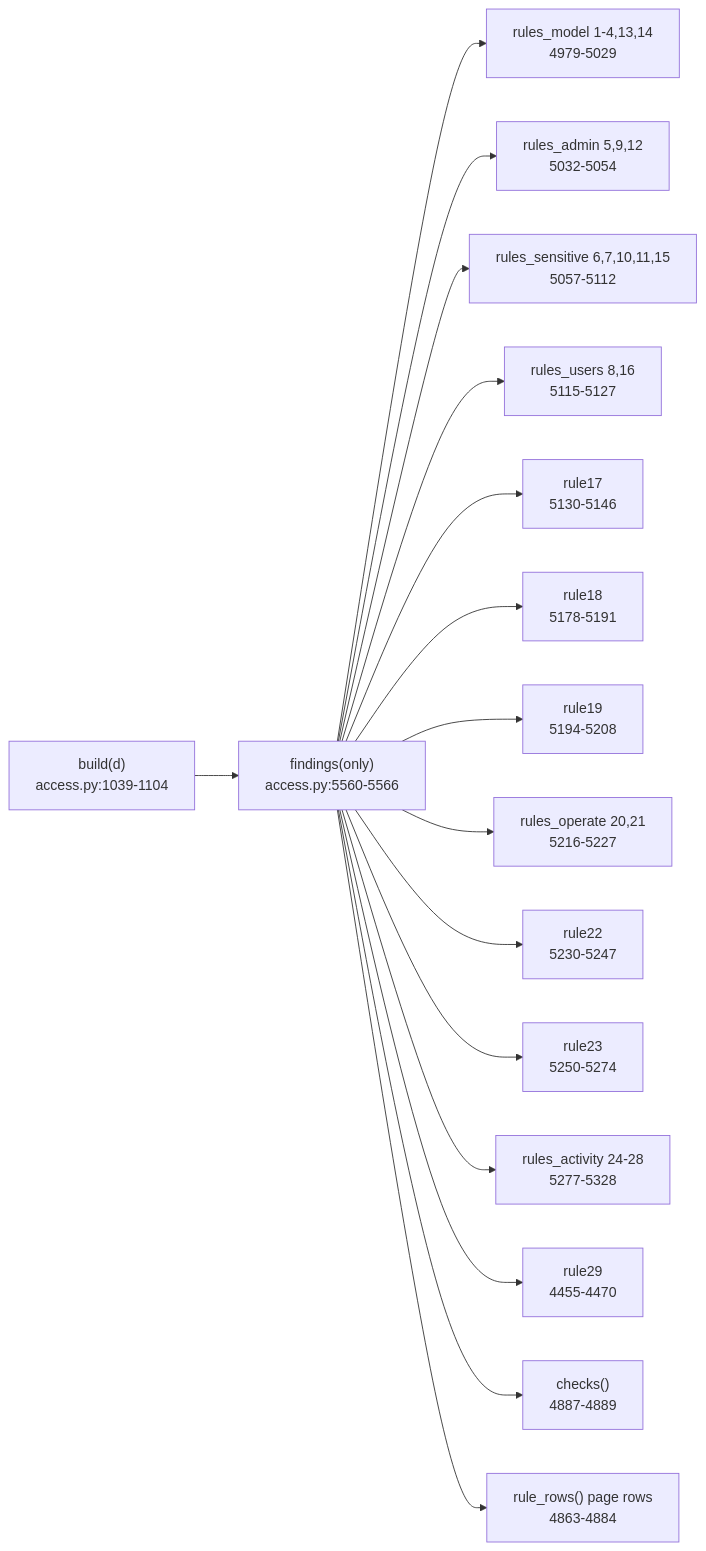
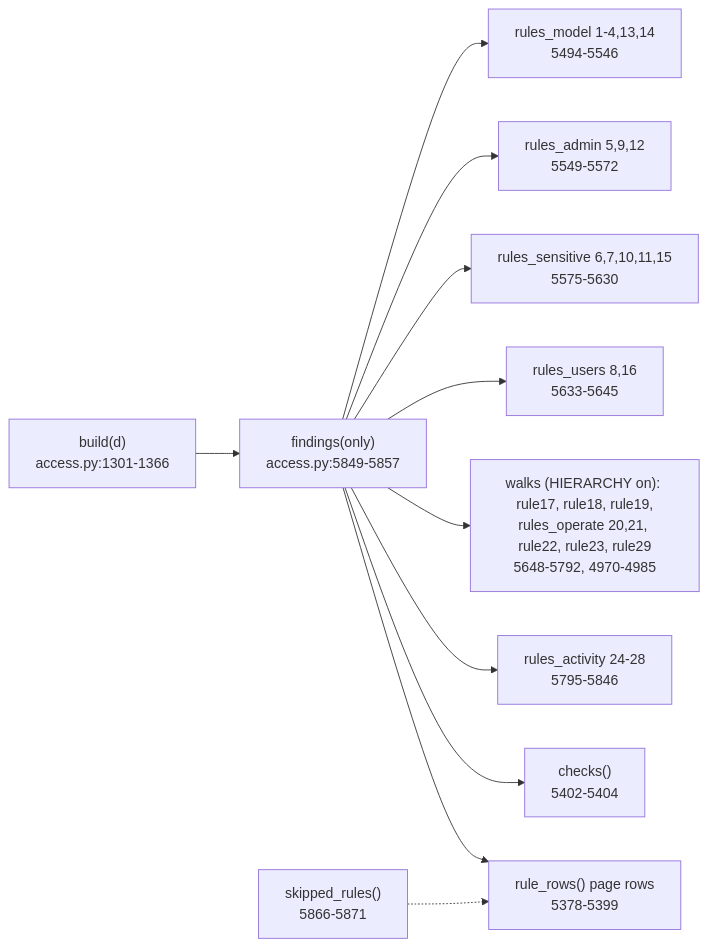
One commit to darshanmeel/snowflake-access-explorer changed the diagram in snowflake-access-explorer-knowledge-graph/logic/rules.md. Above: the diagram before and after it, drawn with Mermaid. The commit also changed other lines of this file and 79 other files, not shown here.

Commit message:
Knowledge graph: STATEMENT_TIMEOUT, WORKERS, ACTIVITY, HIERARCHY, progress lines, shared ACCESS_HISTORY read, procedure batching; node lines re-synced

````diff
--- a/snowflake-access-explorer-knowledge-graph/logic/rules.md
+++ b/snowflake-access-explorer-knowledge-graph/logic/rules.md
@@ -6,18 +6,13 @@
 ```mermaid
 flowchart LR
-  B["build(d)<br/>access.py:1039-1104"] --> F["findings(only)<br/>access.py:5560-5566"]
-  F --> M["rules_model 1-4,13,14<br/>4979-5029"]
-  F --> A["rules_admin 5,9,12<br/>5032-5054"]
-  F --> S["rules_sensitive 6,7,10,11,15<br/>5057-5112"]
-  F --> U["rules_users 8,16<br/>5115-5127"]
-  F --> R17["rule17<br/>5130-5146"]
-  F --> R18["rule18<br/>5178-5191"]
-  F --> R19["rule19<br/>5194-5208"]
-  F --> O["rules_operate 20,21<br/>5216-5227"]
-  F --> R22["rule22<br/>5230-5247"]
-  F --> R23["rule23<br/>5250-5274"]
-  F --> RA["rules_activity 24-28<br/>5277-5328"]
-  F --> R29["rule29<br/>4455-4470"]
-  F --> C["checks()<br/>4887-4889"]
-  F --> RR["rule_rows() page rows<br/>4863-4884"]
+  B["build(d)<br/>access.py:1301-1366"] --> F["findings(only)<br/>access.py:5849-5857"]
+  F --> M["rules_model 1-4,13,14<br/>5494-5546"]
+  F --> A["rules_admin 5,9,12<br/>5549-5572"]
+  F --> S["rules_sensitive 6,7,10,11,15<br/>5575-5630"]
+  F --> U["rules_users 8,16<br/>5633-5645"]
+  F --> W["walks (HIERARCHY on): rule17, rule18, rule19,<br/>rules_operate 20,21, rule22, rule23, rule29<br/>5648-5792, 4970-4985"]
+  F --> RA["rules_activity 24-28<br/>5795-5846"]
+  F --> C["checks()<br/>5402-5404"]
+  F --> RR["rule_rows() page rows<br/>5378-5399"]
+  K["skipped_rules()<br/>5866-5871"] -.-> RR
 ```
````
